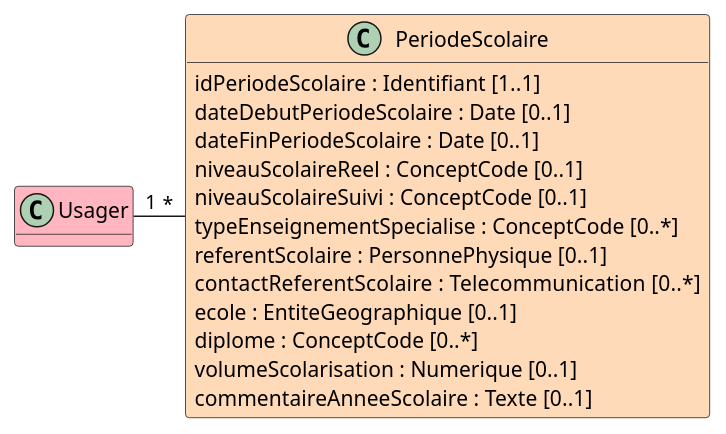
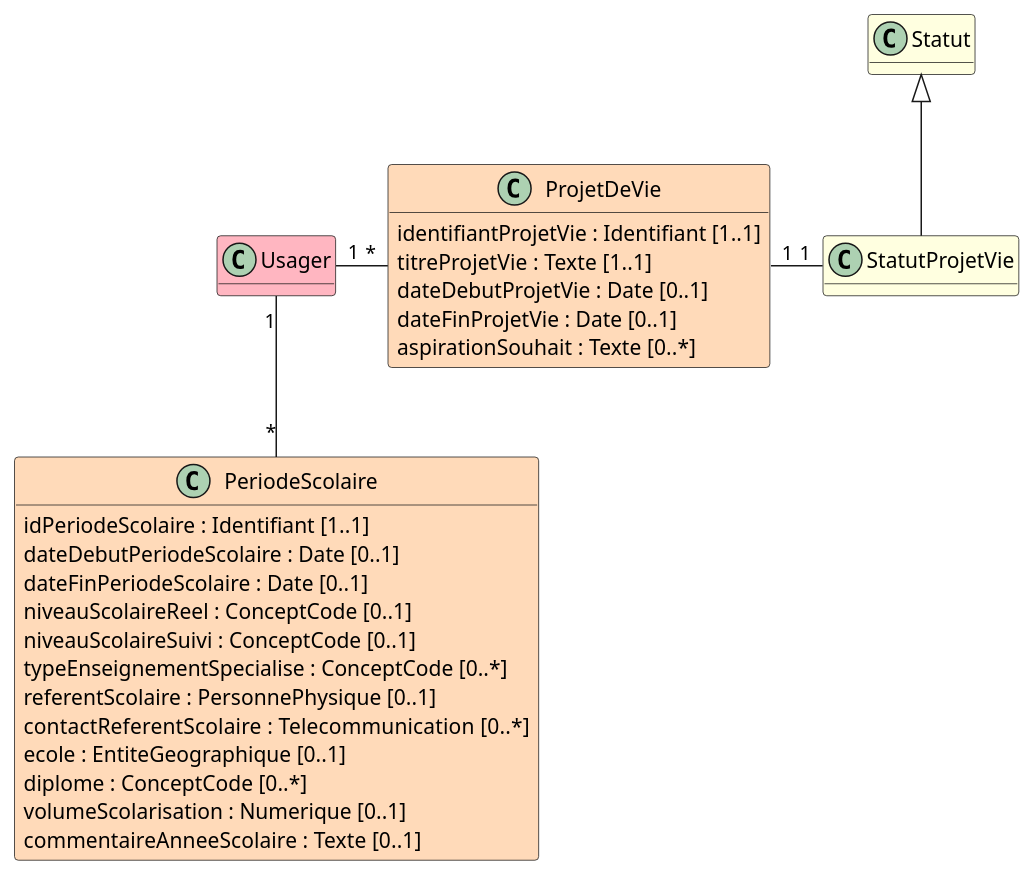
One commit to ansforge/IG-fhir-medicosocial-transfert-donnees-dui changed the diagram in input/images-source/bloc_periode_scolaire.plantuml. Above: the diagram before and after it, drawn with PlantUML. The commit also changed 1 other file, not shown here.

```diff
--- a/input/images-source/bloc_periode_scolaire.plantuml
+++ b/input/images-source/bloc_periode_scolaire.plantuml
@@ -1,24 +1,40 @@
 @startuml
 
 hide empty methods
 
 class Usager #LightPink
+
+class Statut #LightYellow 
+class StatutProjetVie #LightYellow 
 
 class PeriodeScolaire #PeachPuff {
     idPeriodeScolaire : Identifiant [1..1]
     dateDebutPeriodeScolaire : Date [0..1]
     dateFinPeriodeScolaire : Date [0..1]
     niveauScolaireReel : ConceptCode [0..1]
     niveauScolaireSuivi : ConceptCode [0..1]
     typeEnseignementSpecialise : ConceptCode [0..*]
     referentScolaire : PersonnePhysique [0..1]
     contactReferentScolaire  : Telecommunication [0..*]
     ecole : EntiteGeographique [0..1]
     diplome : ConceptCode [0..*]
     volumeScolarisation : Numerique [0..1]
     commentaireAnneeScolaire : Texte [0..1]
 }
 
-Usager "1" - "*" PeriodeScolaire
+class ProjetDeVie #PeachPuff {
+    identifiantProjetVie : Identifiant [1..1]
+    titreProjetVie : Texte [1..1]
+    dateDebutProjetVie : Date [0..1]
+    dateFinProjetVie : Date [0..1]
+    aspirationSouhait : Texte [0..*]
+    }
+
+Usager "1" -- "*" PeriodeScolaire
+Usager "1" - "*" ProjetDeVie
+
+Statut <|-- StatutProjetVie
+
+ProjetDeVie "1" - "1" StatutProjetVie
 
 @enduml
```
